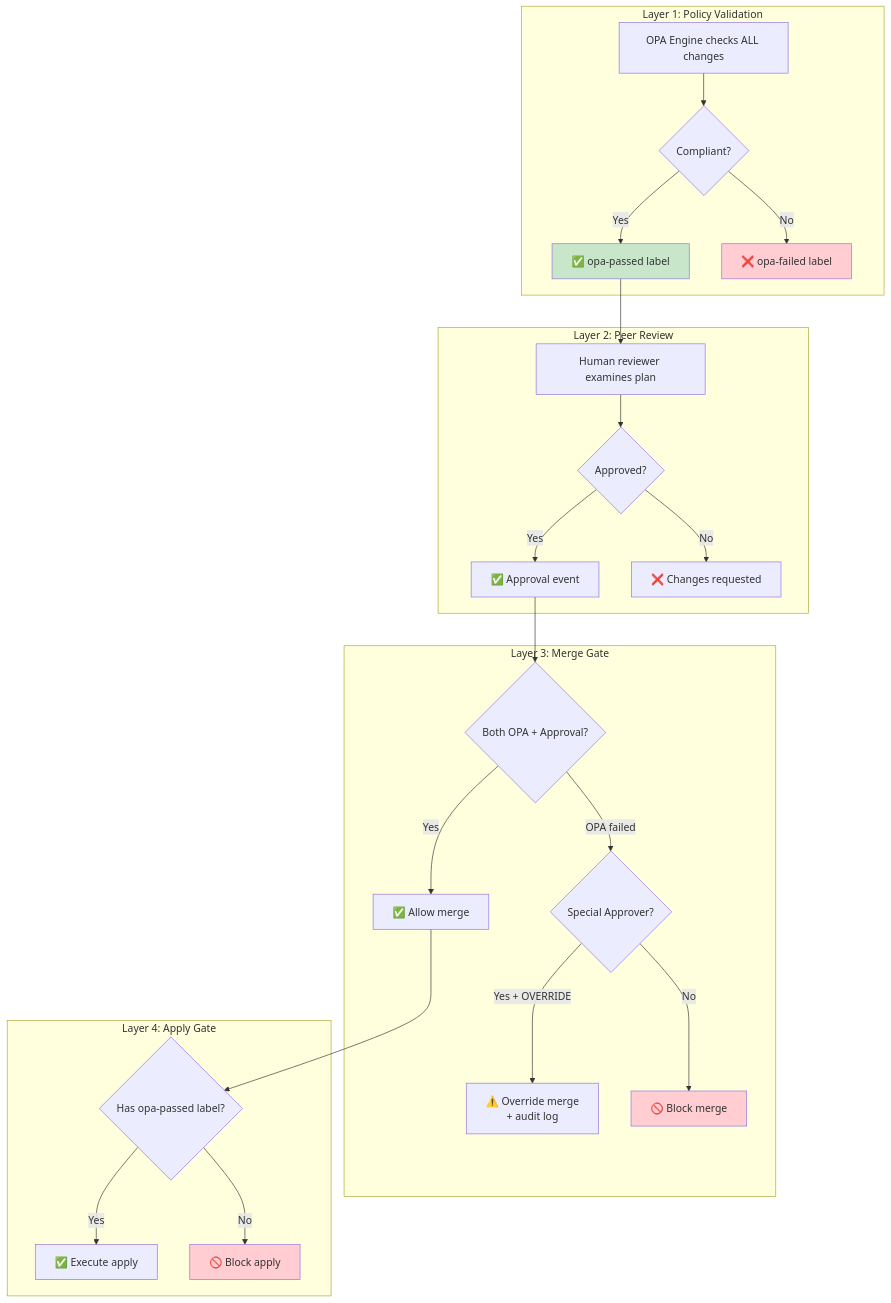
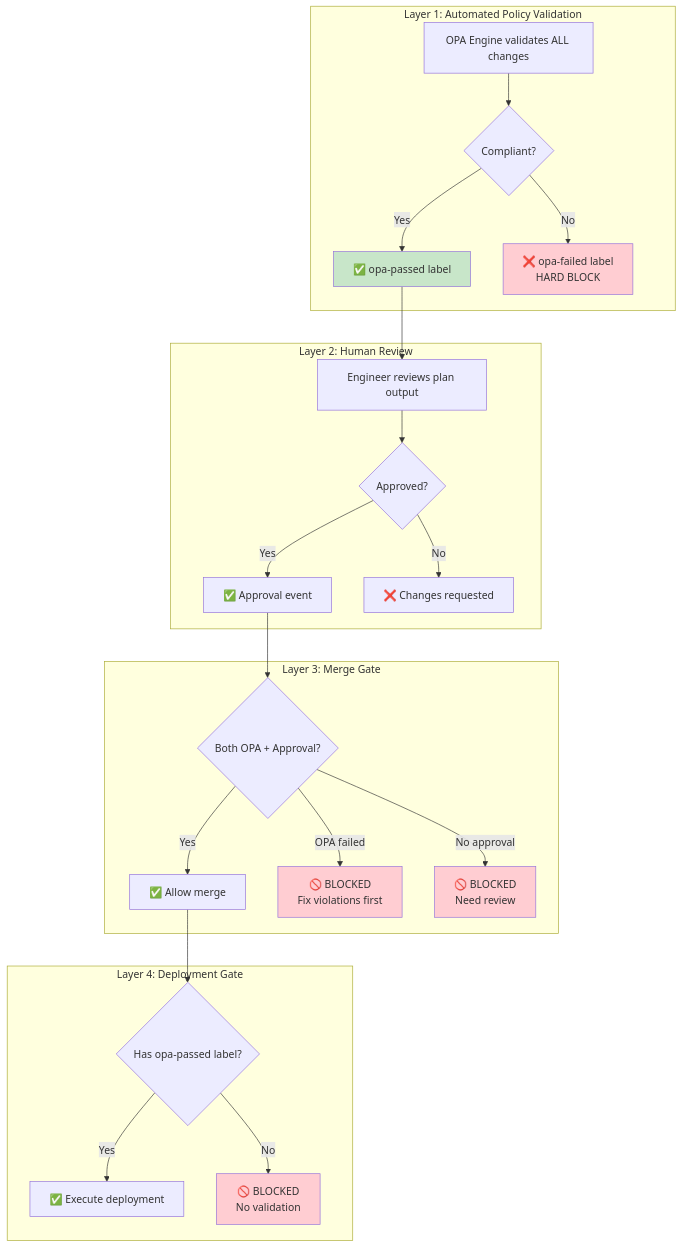
Before and after one commit to Terraform-centilazed-pipline/centerlized-pipline-: diagram 16 of 22 in EXECUTIVE-WORKFLOW-OVERVIEW.md, drawn with Mermaid. The commit also changed other lines of this file, not shown here.

First line of the commit message:
refactor: simplify executive overview - remove special approver complexity

````diff
--- a/EXECUTIVE-WORKFLOW-OVERVIEW.md
+++ b/EXECUTIVE-WORKFLOW-OVERVIEW.md
@@ -675,39 +704,39 @@
 ```mermaid
 graph TB
-    subgraph "Layer 1: Policy Validation"
-        L1[OPA Engine checks ALL changes]
+    subgraph "Layer 1: Automated Policy Validation"
+        L1[OPA Engine validates ALL changes]
         L1 --> L1A{Compliant?}
         L1A -->|Yes| L1B[✅ opa-passed label]
-        L1A -->|No| L1C[❌ opa-failed label]
+        L1A -->|No| L1C[❌ opa-failed label<br/>HARD BLOCK]
     end
     
-    subgraph "Layer 2: Peer Review"
-        L2[Human reviewer examines plan]
+    subgraph "Layer 2: Human Review"
+        L2[Engineer reviews plan output]
         L2 --> L2A{Approved?}
         L2A -->|Yes| L2B[✅ Approval event]
         L2A -->|No| L2C[❌ Changes requested]
     end
     
     subgraph "Layer 3: Merge Gate"
         L3{Both OPA + Approval?}
         L3 -->|Yes| L3A[✅ Allow merge]
-        L3 -->|OPA failed| L3B{Special Approver?}
-        L3B -->|Yes + OVERRIDE| L3C[⚠️ Override merge<br/>+ audit log]
-        L3B -->|No| L3D[🚫 Block merge]
+        L3 -->|OPA failed| L3D[🚫 BLOCKED<br/>Fix violations first]
+        L3 -->|No approval| L3E[🚫 BLOCKED<br/>Need review]
     end
     
-    subgraph "Layer 4: Apply Gate"
+    subgraph "Layer 4: Deployment Gate"
         L4{Has opa-passed label?}
-        L4 -->|Yes| L4A[✅ Execute apply]
-        L4 -->|No| L4B[🚫 Block apply]
+        L4 -->|Yes| L4A[✅ Execute deployment]
+        L4 -->|No| L4B[🚫 BLOCKED<br/>No validation]
     end
     
     L1B --> L2
     L2B --> L3
     L3A --> L4
     
     style L1B fill:#c8e6c9
     style L1C fill:#ffcdd2
     style L3D fill:#ffcdd2
+    style L3E fill:#ffcdd2
     style L4B fill:#ffcdd2
 ```
````
